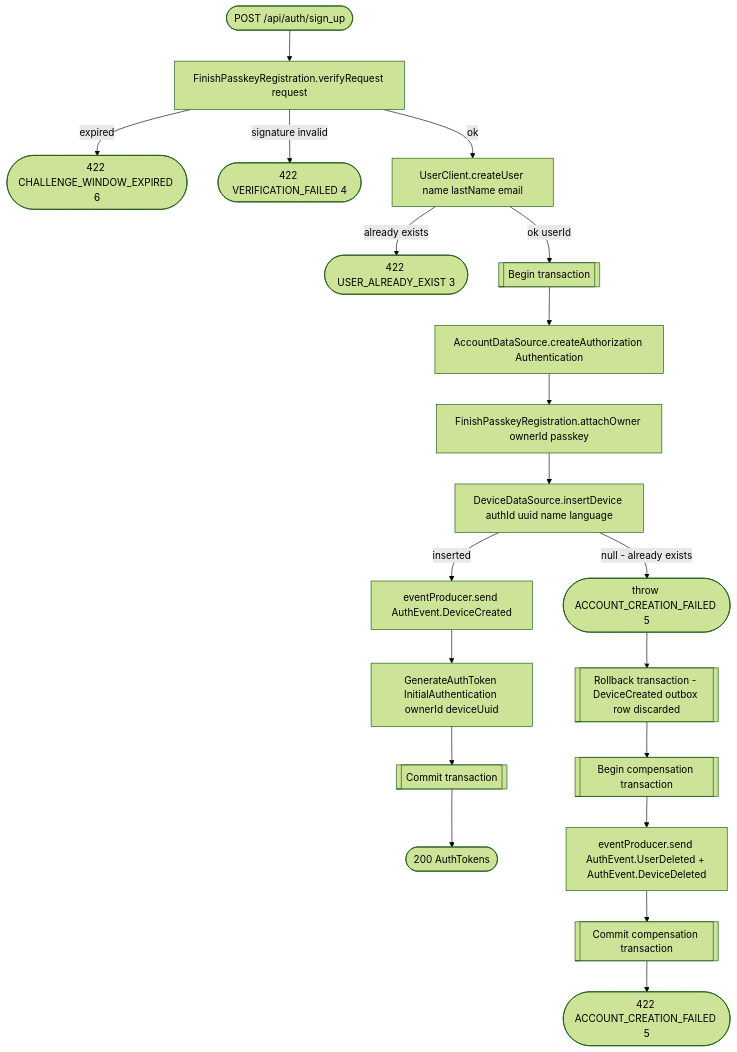
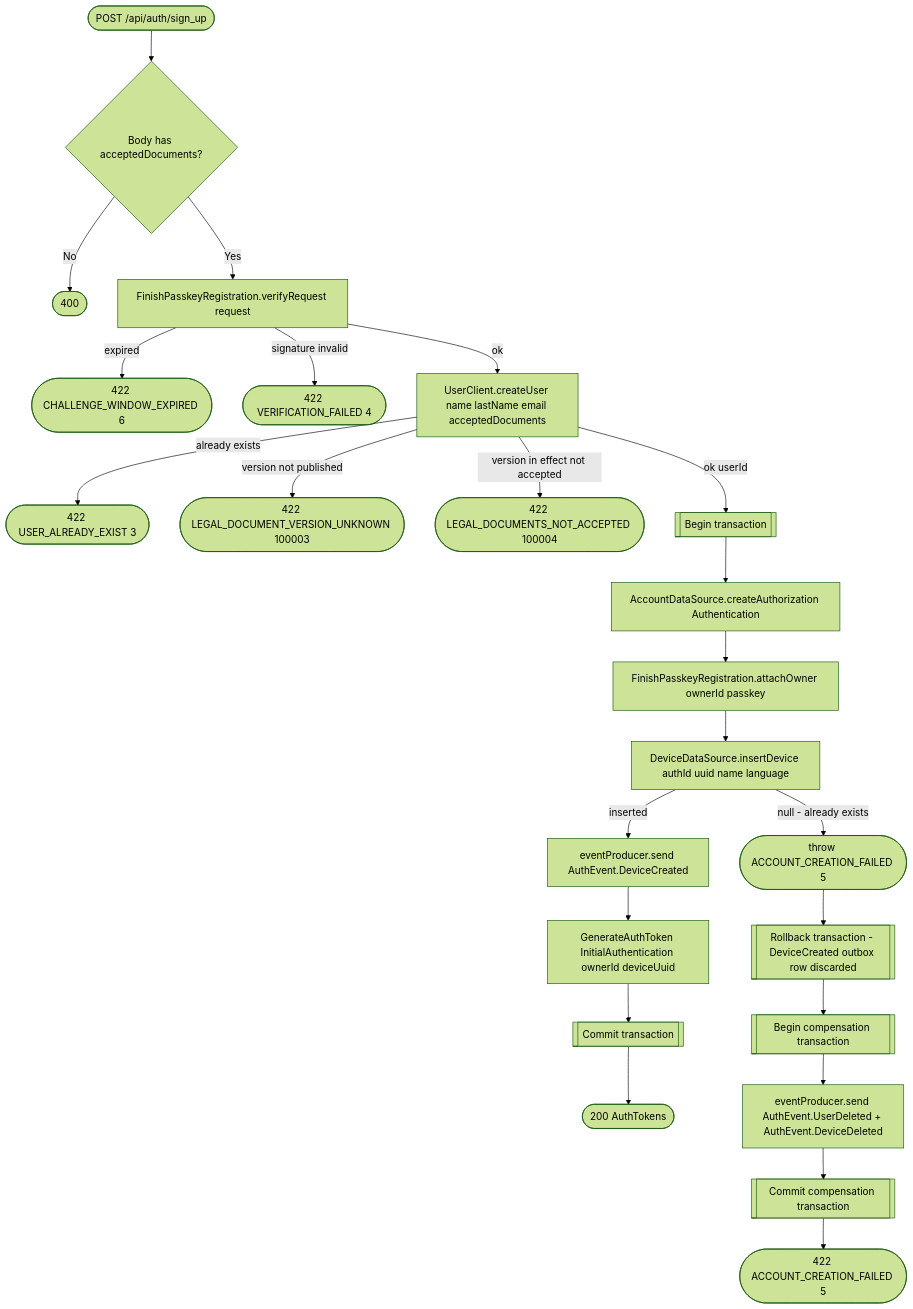
Before and after one commit to nocturneproperties/bookkme: the diagram in docs/operations/authorization/sign-up.md, drawn with Mermaid (forest theme). The commit also changed other lines of this file and 54 other files, not shown here.

Commit message:
[ISSUE-129] add legal document acceptance records

````diff
--- a/docs/operations/authorization/sign-up.md
+++ b/docs/operations/authorization/sign-up.md
@@ -16,22 +22,26 @@
 ```mermaid
 flowchart TD
-    Start([POST /api/auth/sign_up]) --> Verify[FinishPasskeyRegistration.verifyRequest request]
+    Start([POST /api/auth/sign_up]) --> Body{Body has acceptedDocuments?}
+    Body -- No --> R400([400])
+    Body -- Yes --> Verify[FinishPasskeyRegistration.verifyRequest request]
     Verify -- expired --> R422a([422 CHALLENGE_WINDOW_EXPIRED 6])
     Verify -- signature invalid --> R422b([422 VERIFICATION_FAILED 4])
-    Verify -- ok --> CreateUser[UserClient.createUser name lastName email]
+    Verify -- ok --> CreateUser[UserClient.createUser name lastName email acceptedDocuments]
     CreateUser -- already exists --> R422c([422 USER_ALREADY_EXIST 3])
+    CreateUser -- version not published --> R422e([422 LEGAL_DOCUMENT_VERSION_UNKNOWN 100003])
+    CreateUser -- version in effect not accepted --> R422f([422 LEGAL_DOCUMENTS_NOT_ACCEPTED 100004])
     CreateUser -- ok userId --> Tx[[Begin transaction]]
     Tx --> CreateAuth[AccountDataSource.createAuthorization Authentication]
     CreateAuth --> AttachOwner[FinishPasskeyRegistration.attachOwner ownerId passkey]
     AttachOwner --> InsertDevice[DeviceDataSource.insertDevice authId uuid name language]
     InsertDevice -- null - already exists --> Fail1([throw ACCOUNT_CREATION_FAILED 5])
     InsertDevice -- inserted --> DeviceEvent[eventProducer.send AuthEvent.DeviceCreated]
     DeviceEvent --> GenToken[GenerateAuthToken InitialAuthentication ownerId deviceUuid]
     GenToken --> TxEnd[[Commit transaction]]
     TxEnd --> R200([200 AuthTokens])
     Fail1 --> Rollback[[Rollback transaction - DeviceCreated outbox row discarded]]
     Rollback --> CompTx[[Begin compensation transaction]]
     CompTx --> Compensate[eventProducer.send AuthEvent.UserDeleted + AuthEvent.DeviceDeleted]
     Compensate --> CompEnd[[Commit compensation transaction]]
     CompEnd --> R422d([422 ACCOUNT_CREATION_FAILED 5])
 ```
````
